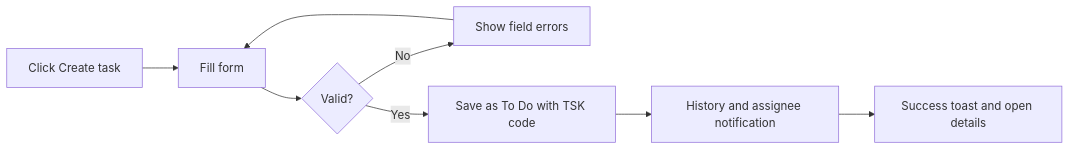
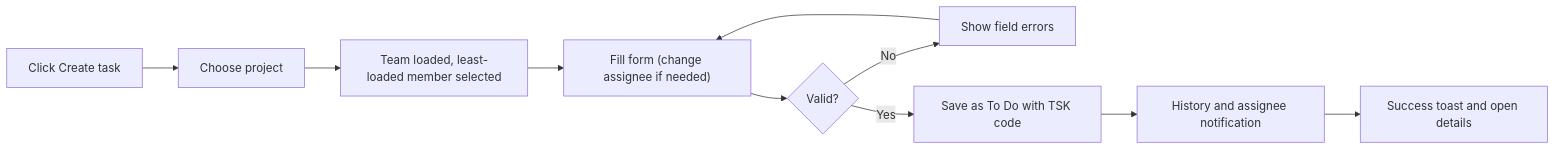
Before and after one commit to jojogeorge3344/TaskFlow-Project: the second of 7 diagrams in TF - Documents/TFWorkflow/App WF in MD/04-Monitoring/04.1-Task-Management.md, drawn with Mermaid. The commit also changed other lines of this file and 25 other files, not shown here.

First line of the commit message:
feat(tasks): auto-assign new tasks to the least-loaded project member

````diff
--- a/TF - Documents/TFWorkflow/App WF in MD/04-Monitoring/04.1-Task-Management.md
+++ b/TF - Documents/TFWorkflow/App WF in MD/04-Monitoring/04.1-Task-Management.md
@@ -145,8 +148,8 @@
 ```mermaid
 flowchart LR
-  A["Click Create task"] --> B["Fill form"] --> C{"Valid?"}
+  A["Click Create task"] --> P["Choose project"] --> Q["Team loaded, least-loaded member selected"] --> B["Fill form (change assignee if needed)"] --> C{"Valid?"}
   C -- No --> D["Show field errors"] --> B
   C -- Yes --> E["Save as To Do with TSK code"]
   E --> F["History and assignee notification"]
   F --> G["Success toast and open details"]
 ```
````
